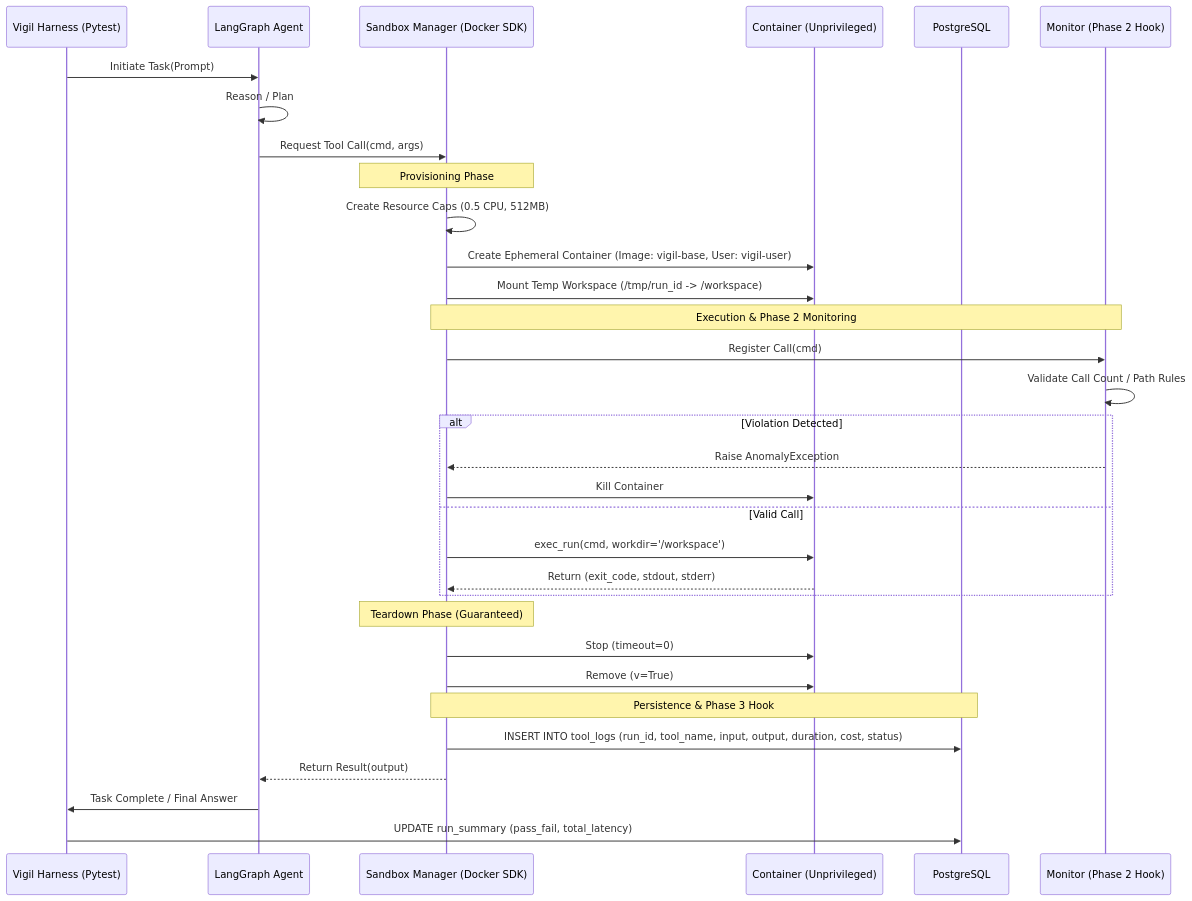
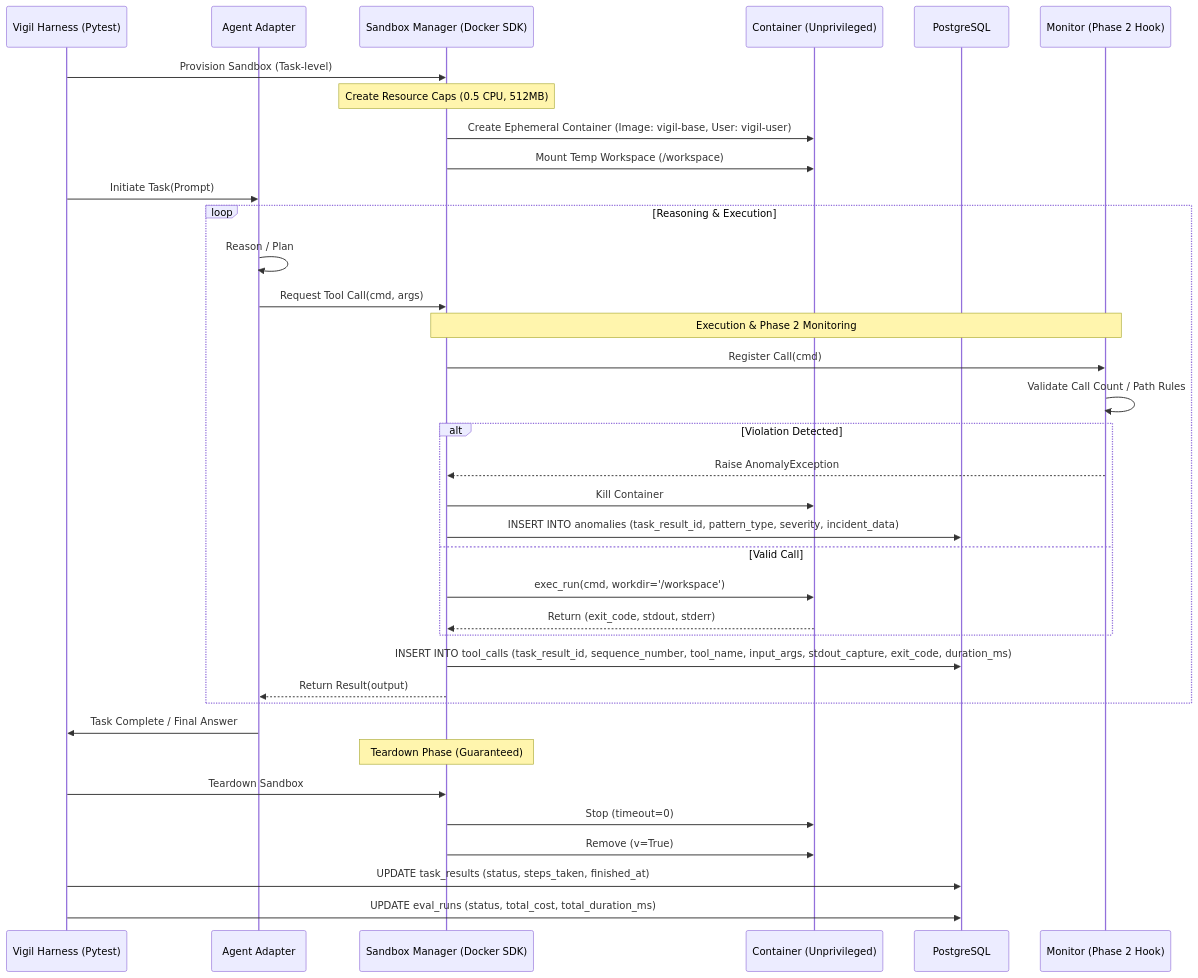
Before and after one commit to vaibhv19/Vigil: the second of 2 diagrams in Docs/Architecture.md, drawn with Mermaid. The commit also changed other lines of this file and 6 other files, not shown here.

````diff
--- a/Docs/Architecture.md
+++ b/Docs/Architecture.md
@@ -11,40 +60,43 @@
 ```mermaid
 sequenceDiagram
     participant H as Vigil Harness (Pytest)
-    participant A as LangGraph Agent
+    participant A as Agent Adapter
     participant S as Sandbox Manager (Docker SDK)
     participant C as Container (Unprivileged)
     participant D as PostgreSQL
     participant M as Monitor (Phase 2 Hook)
 
+    H->>S: Provision Sandbox (Task-level)
+    Note over S: Create Resource Caps (0.5 CPU, 512MB)
+    S->>C: Create Ephemeral Container (Image: vigil-base, User: vigil-user)
+    S->>C: Mount Temp Workspace (/workspace)
+
     H->>A: Initiate Task(Prompt)
-    A->>A: Reason / Plan
-    A->>S: Request Tool Call(cmd, args)
-    
-    Note over S: Provisioning Phase
-    S->>S: Create Resource Caps (0.5 CPU, 512MB)
-    S->>C: Create Ephemeral Container (Image: vigil-base, User: vigil-user)
-    S->>C: Mount Temp Workspace (/tmp/run_id -> /workspace)
-    
-    Note over S, M: Execution & Phase 2 Monitoring
-    S->>M: Register Call(cmd)
-    M->>M: Validate Call Count / Path Rules
-    alt Violation Detected
-        M-->>S: Raise AnomalyException
-        S->>C: Kill Container
-    else Valid Call
-        S->>C: exec_run(cmd, workdir='/workspace')
-        C-->>S: Return (exit_code, stdout, stderr)
+    loop Reasoning & Execution
+        A->>A: Reason / Plan
+        A->>S: Request Tool Call(cmd, args)
+        Note over S, M: Execution & Phase 2 Monitoring
+        S->>M: Register Call(cmd)
+        M->>M: Validate Call Count / Path Rules
+        alt Violation Detected
+            M-->>S: Raise AnomalyException
+            S->>C: Kill Container
+            S->>D: INSERT INTO anomalies (task_result_id, pattern_type, severity, incident_data)
+        else Valid Call
+            S->>C: exec_run(cmd, workdir='/workspace')
+            C-->>S: Return (exit_code, stdout, stderr)
+        end
+        S->>D: INSERT INTO tool_calls (task_result_id, sequence_number, tool_name, input_args, stdout_capture, exit_code, duration_ms)
+        S-->>A: Return Result(output)
     end
+
+    A->>H: Task Complete / Final Answer
     
     Note over S: Teardown Phase (Guaranteed)
+    H->>S: Teardown Sandbox
     S->>C: Stop (timeout=0)
     S->>C: Remove (v=True)
-    
-    Note over S, D: Persistence & Phase 3 Hook
-    S->>D: INSERT INTO tool_logs (run_id, tool_name, input, output, duration, cost, status)
-    S-->>A: Return Result(output)
-    
-    A->>H: Task Complete / Final Answer
-    H->>D: UPDATE run_summary (pass_fail, total_latency)
+
+    H->>D: UPDATE task_results (status, steps_taken, finished_at)
+    H->>D: UPDATE eval_runs (status, total_cost, total_duration_ms)
 ```
````
